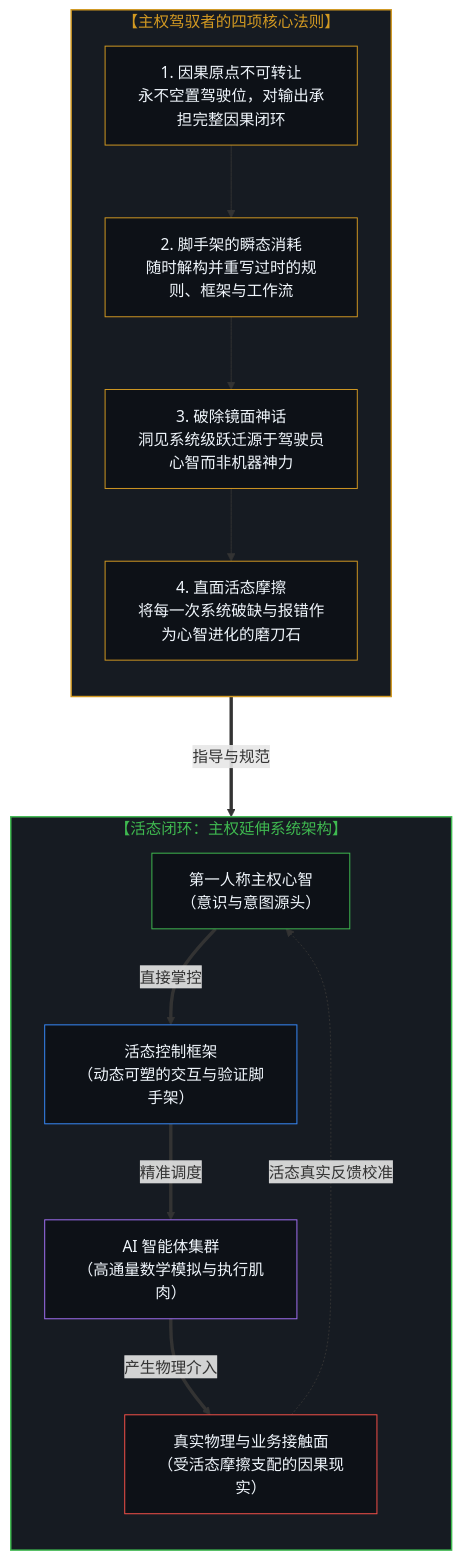
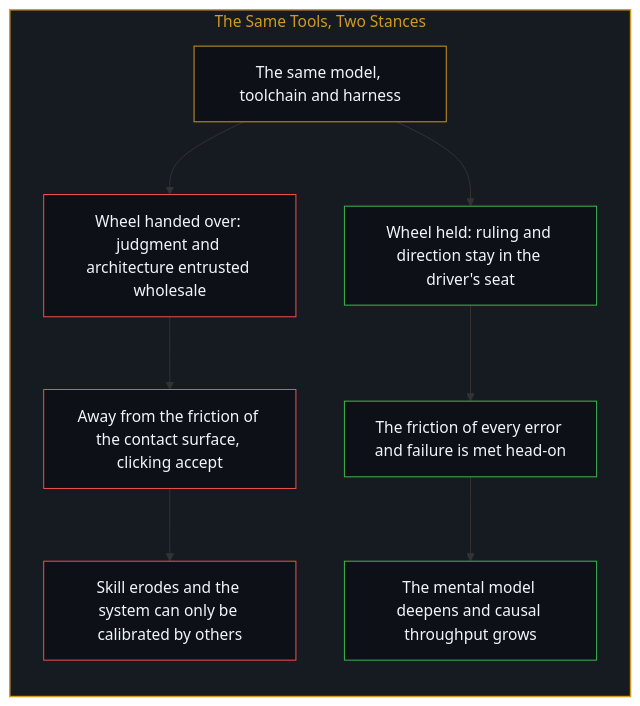
The eighth of 10 diagrams in content/posts/the-inversion-of-the-harness-and-the-driver-seat-asymmetry.md (powerpig99/not-a-toe), drawn with Mermaid before and after one commit. The commit also changed other lines of this file and 2 other files, not shown here.

Commit message:
Refine the-inversion-of-the-harness: alternating bilingual layout, five paired diagrams, stances not kinds of people, implicit first person

````diff
--- a/content/posts/the-inversion-of-the-harness-and-the-driver-seat-asymmetry.md
+++ b/content/posts/the-inversion-of-the-harness-and-the-driver-seat-asymmetry.md
@@ -283,36 +238,28 @@
 ```mermaid
-graph TD
-    subgraph S_Principles["【主权驾驭者的四项核心法则】"]
+flowchart TD
+    subgraph S_Seat["The Same Tools, Two Stances"]
         direction TB
-        P1["1. 因果原点不可转让<br/>永不空置驾驶位，对输出承担完整因果闭环"]
-        P2["2. 脚手架的瞬态消耗<br/>随时解构并重写过时的规则、框架与工作流"]
-        P3["3. 破除镜面神话<br/>洞见系统级跃迁源于驾驶员心智而非机器神力"]
-        P4["4. 直面活态摩擦<br/>将每一次系统破缺与报错作为心智进化的磨刀石"]
-        P1 --> P2 --> P3 --> P4
+        Same["The same model, toolchain and harness"]
+        Hand["Wheel handed over: judgment and architecture entrusted wholesale"]
+        Off["Away from the friction of the contact surface, clicking accept"]
+        Fade["Skill erodes and the system can only be calibrated by others"]
+        Hold["Wheel held: ruling and direction stay in the driver's seat"]
+        Meet["The friction of every error and failure is met head-on"]
+        Deepen["The mental model deepens and causal throughput grows"]
+        Same --> Hand
+        Hand --> Off
+        Off --> Fade
+        Same --> Hold
+        Hold --> Meet
+        Meet --> Deepen
     end
 
-    subgraph S_LivingLoop["【活态闭环：主权延伸系统架构】"]
-        direction TB
-        L1["第一人称主权心智<br/>（意识与意图源头）"]
-        L2["活态控制框架<br/>（动态可塑的交互与验证脚手架）"]
-        L3["AI 智能体集群<br/>（高通量数学模拟与执行肌肉）"]
-        L4["真实物理与业务接触面<br/>（受活态摩擦支配的因果现实）"]
-        L1 ==>|"直接掌控"| L2
-        L2 ==>|"精准调度"| L3
-        L3 ==>|"产生物理介入"| L4
-        L4 -.->|"活态真实反馈校准"| L1
-    end
-
-    S_Principles ===>|"指导与规范"| S_LivingLoop
-
-    style S_Principles fill:#161b22,stroke:#d29922,stroke-width:1.5px,color:#d29922
-    style S_LivingLoop fill:#161b22,stroke:#3fb950,stroke-width:1.5px,color:#3fb950
-    style P1 fill:#0d1117,stroke:#d29922,stroke-width:1px,color:#f0f6fc
-    style P2 fill:#0d1117,stroke:#d29922,stroke-width:1px,color:#f0f6fc
-    style P3 fill:#0d1117,stroke:#d29922,stroke-width:1px,color:#f0f6fc
-    style P4 fill:#0d1117,stroke:#d29922,stroke-width:1px,color:#f0f6fc
-    style L1 fill:#0d1117,stroke:#3fb950,stroke-width:1px,color:#f0f6fc
-    style L2 fill:#0d1117,stroke:#388bfd,stroke-width:1px,color:#f0f6fc
-    style L3 fill:#0d1117,stroke:#a371f7,stroke-width:1px,color:#f0f6fc
-    style L4 fill:#0d1117,stroke:#f85149,stroke-width:1px,color:#f0f6fc
+    style S_Seat fill:#161b22,stroke:#d29922,stroke-width:1.5px,color:#d29922
+    style Same fill:#0d1117,stroke:#d29922,stroke-width:1px,color:#f0f6fc
+    style Hand fill:#0d1117,stroke:#f85149,stroke-width:1px,color:#f0f6fc
+    style Off fill:#0d1117,stroke:#f85149,stroke-width:1px,color:#f0f6fc
+    style Fade fill:#0d1117,stroke:#f85149,stroke-width:1px,color:#f0f6fc
+    style Hold fill:#0d1117,stroke:#3fb950,stroke-width:1px,color:#f0f6fc
+    style Meet fill:#0d1117,stroke:#3fb950,stroke-width:1px,color:#f0f6fc
+    style Deepen fill:#0d1117,stroke:#3fb950,stroke-width:1px,color:#f0f6fc
 ```
````
